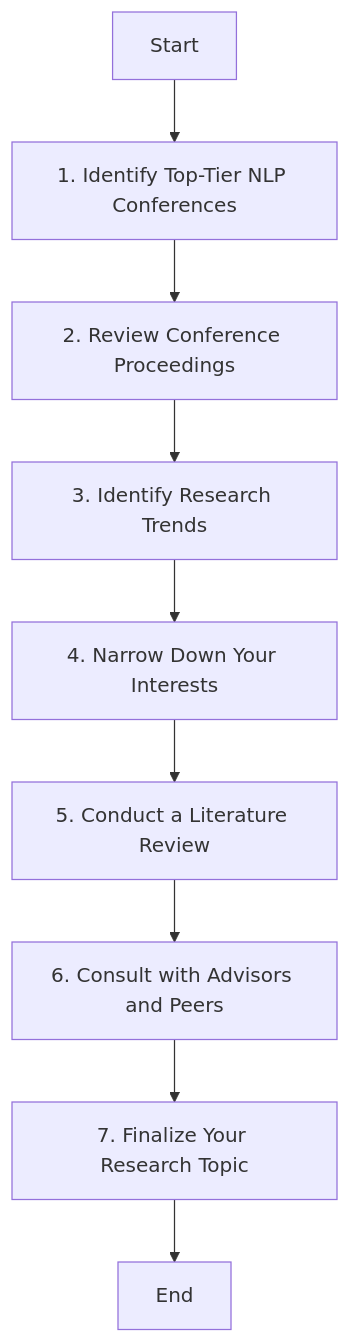
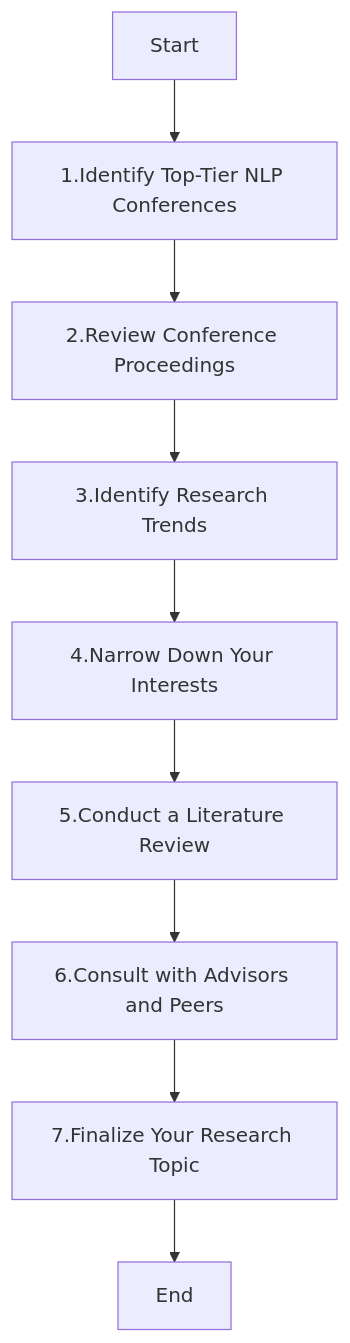
One commit to trinhtin/ecommerce-research changed the diagram in README.md. Above: the diagram before and after it, drawn with Mermaid.

````diff
--- a/README.md
+++ b/README.md
@@ -2,11 +2,11 @@
 ```mermaid
-graph TD
-    A[Start] --> B[1. Identify Top-Tier NLP Conferences]
-    B --> C[2. Review Conference Proceedings]
-    C --> D[3. Identify Research Trends]
-    D --> E[4. Narrow Down Your Interests]
-    E --> F[5. Conduct a Literature Review]
-    F --> G[6. Consult with Advisors and Peers]
-    G --> H[7. Finalize Your Research Topic]
+flowchart TD
+    A[Start] --> B[1.Identify Top-Tier NLP Conferences]
+    B --> C[2.Review Conference Proceedings]
+    C --> D[3.Identify Research Trends]
+    D --> E[4.Narrow Down Your Interests]
+    E --> F[5.Conduct a Literature Review]
+    F --> G[6.Consult with Advisors and Peers]
+    G --> H[7.Finalize Your Research Topic]
     H --> I[End]
 ```
````
